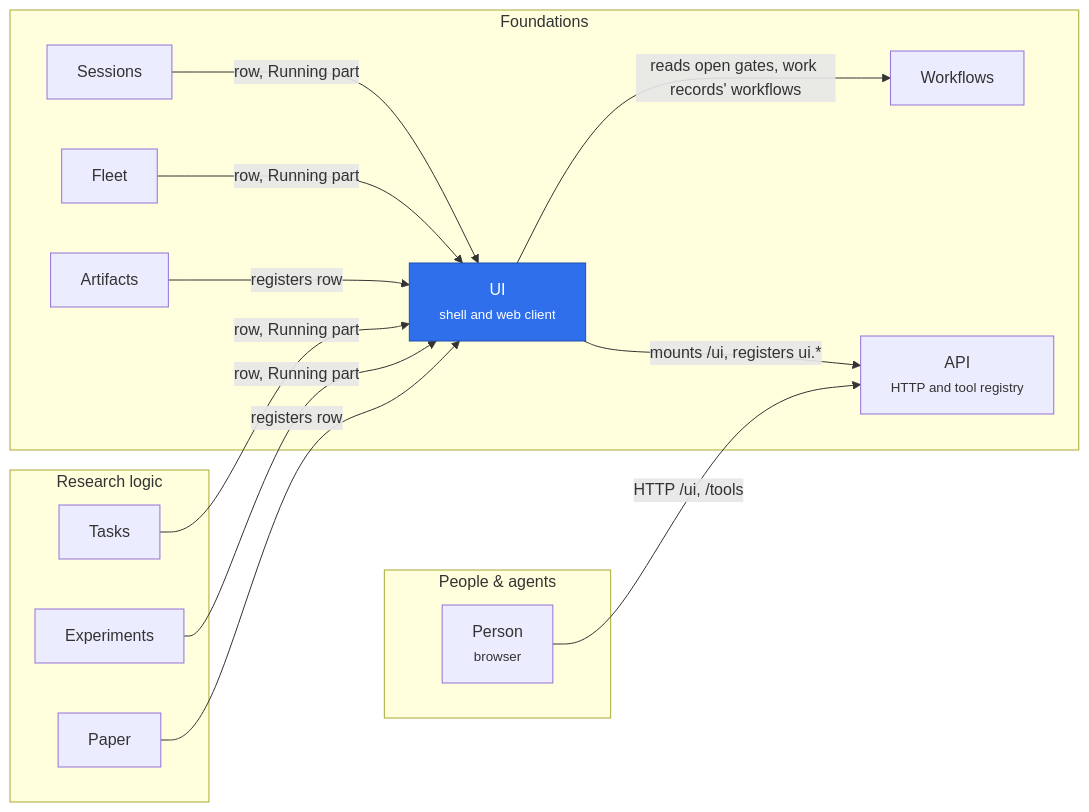
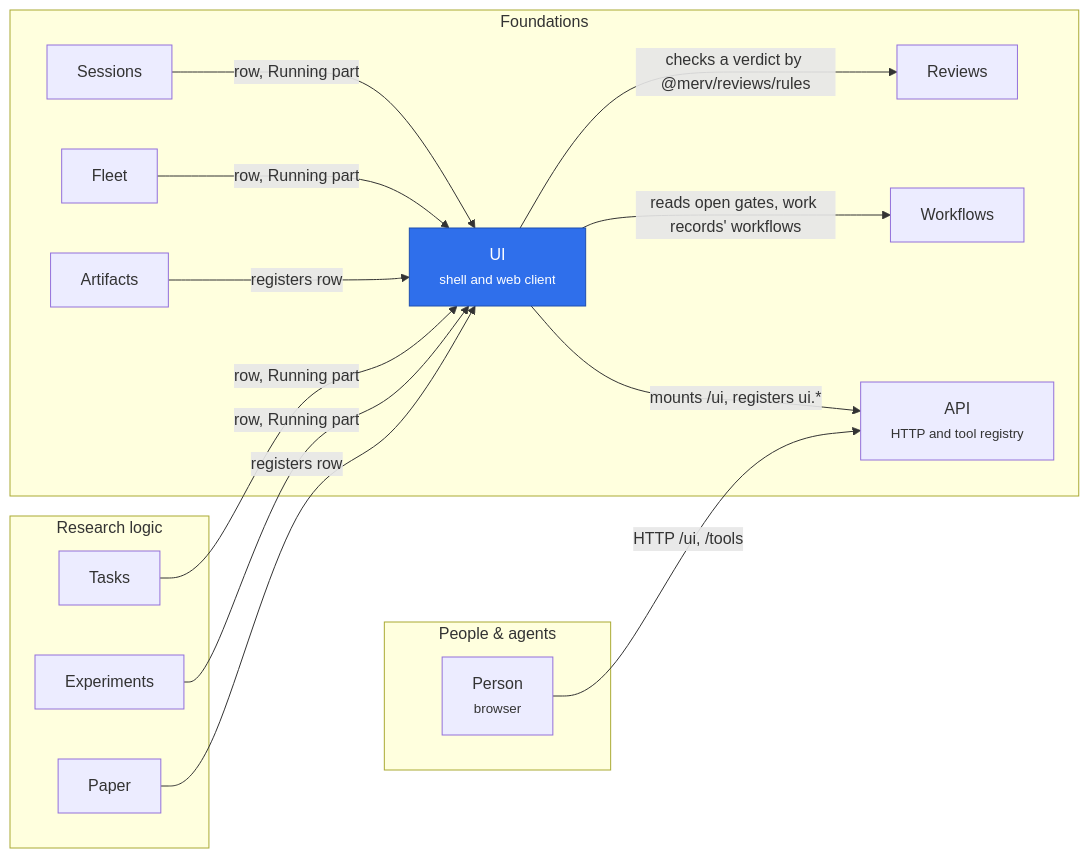
The diagram in merv-typescript/packages/ui/README.md (rapidreview-io/Merv), drawn with Mermaid before and after one commit. The commit also changed 31 other files, not shown here.

````diff
--- a/merv-typescript/packages/ui/README.md
+++ b/merv-typescript/packages/ui/README.md
@@ -7,30 +7,32 @@
 ```mermaid
 flowchart LR
   subgraph people["People & agents"]
     person["Person<br/><small>browser</small>"]
   end
   subgraph research["Research logic"]
     tasks[Tasks]
     experiments[Experiments]
     paper[Paper]
   end
   subgraph foundations["Foundations"]
     ui["UI<br/><small>shell and web client</small>"]
     api["API<br/><small>HTTP and tool registry</small>"]
     sessions[Sessions]
     fleet[Fleet]
     artifacts[Artifacts]
     workflows[Workflows]
+    reviews[Reviews]
   end
   person -- "HTTP /ui, /tools" --> api
   ui -- "mounts /ui, registers ui.*" --> api
   ui -- "reads open gates, work records' workflows" --> workflows
+  ui -- "checks a verdict by @merv/reviews/rules" --> reviews
   tasks -- "row, Running part" --> ui
   experiments -- "row, Running part" --> ui
   sessions -- "row, Running part" --> ui
   fleet -- "row, Running part" --> ui
   paper -- "registers row" --> ui
   artifacts -- "registers row" --> ui
   classDef self fill:#2f6feb,color:#fff,stroke:#1f4fb0
   class ui self
 ```
````
